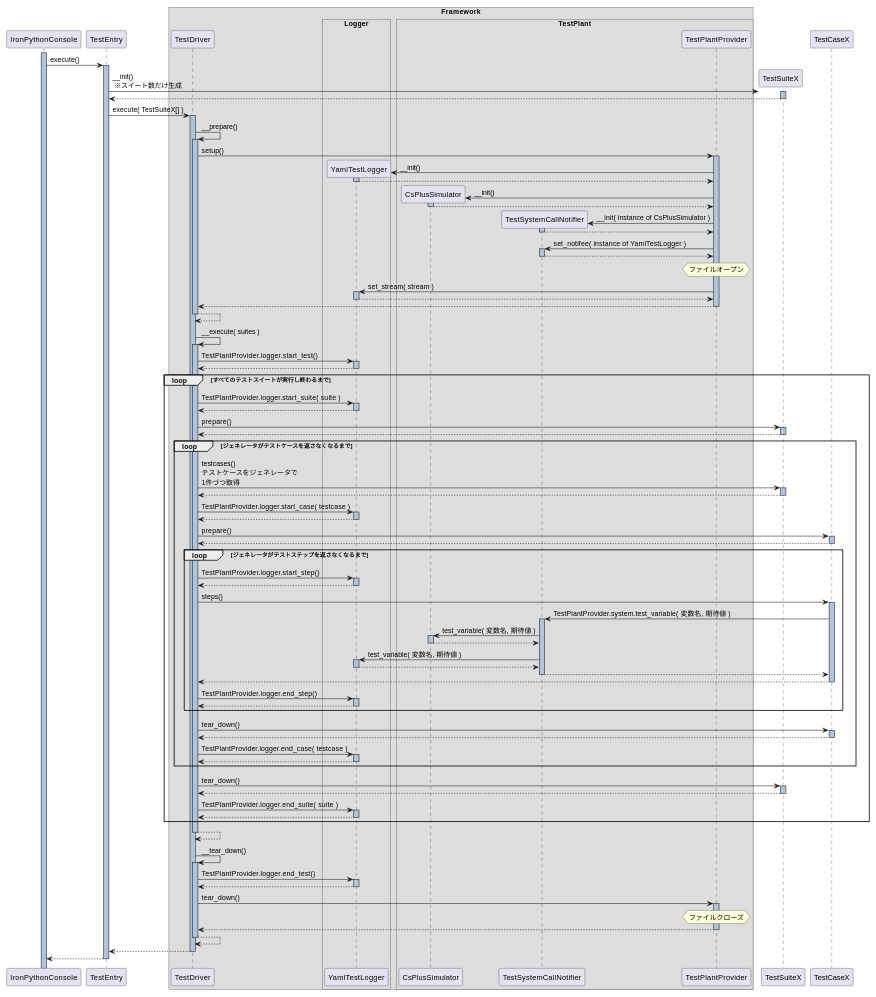
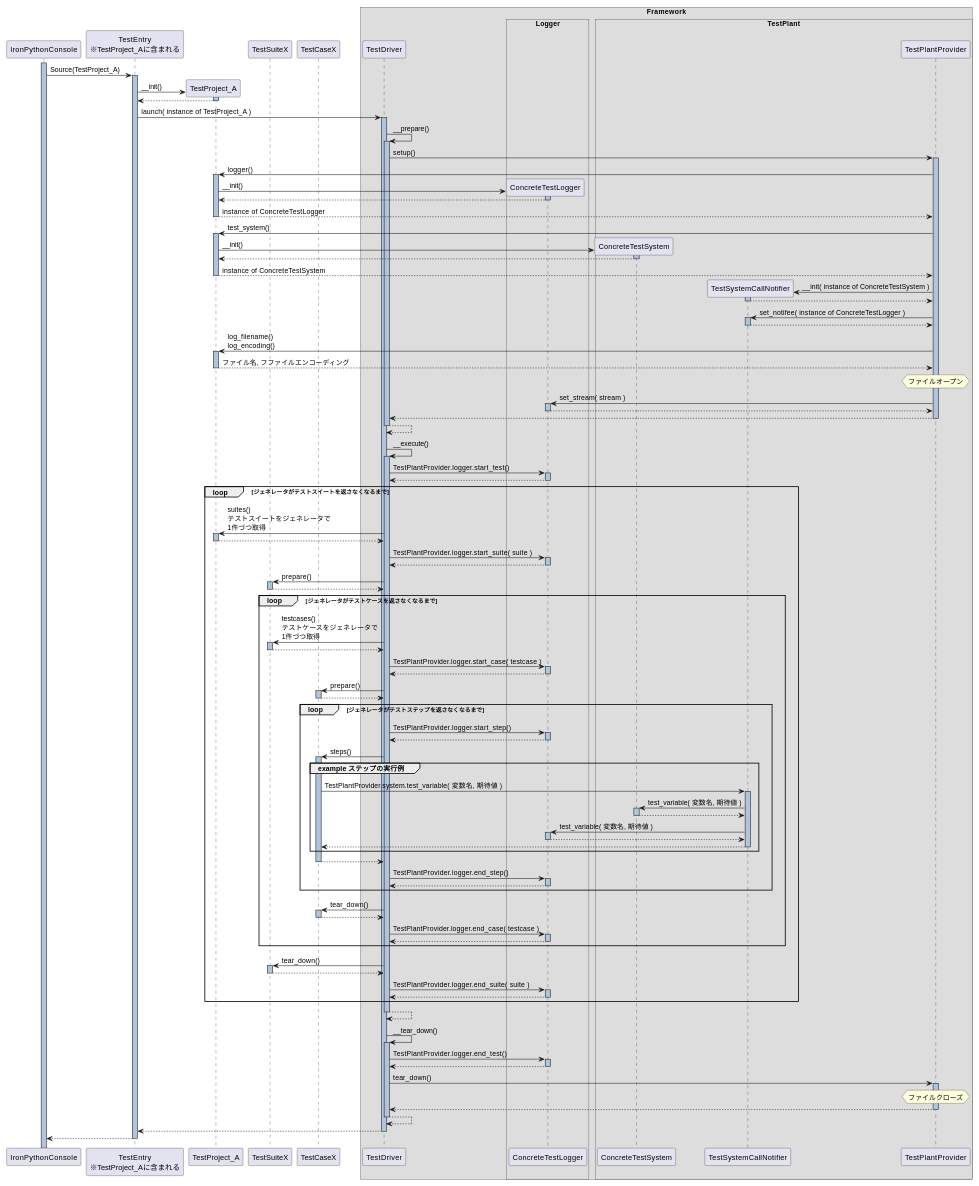
One commit to shiftdownet/itestpf changed the third of 3 diagrams in docs/design.md. Above: the diagram before and after it, drawn with PlantUML. The commit also changed other lines of this file and 17 other files, not shown here.

```diff
--- a/docs/design.md
+++ b/docs/design.md
@@ -98,69 +98,79 @@
 
 participant IronPythonConsole
 
-participant TestEntry
+participant "TestEntry\n※TestProject_Aに含まれる" as TestEntry
+participant TestProject_A
+participant TestSuiteX
+participant TestCaseX
 box Framework
     participant TestDriver
     box Logger
-        participant YamlTestLogger
+        participant ConcreteTestLogger
     endbox
     box TestPlant
-        participant CsPlusSimulator
+        participant ConcreteTestSystem
         participant TestSystemCallNotifier
         participant TestPlantProvider
     endbox
 endbox
 
-participant TestSuiteX
-participant TestCaseX
 
 autoactivate on
 
 activate IronPythonConsole
 
-IronPythonConsole -> TestEntry  : execute()
+IronPythonConsole -> TestEntry  : Source(TestProject_A)
 
-    create TestSuiteX
-    TestEntry -> TestSuiteX  : __init()\n ※スイート数だけ生成
+    create TestProject_A
+    TestEntry -> TestProject_A  : __init()
     return
 
 
     '#----------------------------------------------------
-    '# TestDriver.execute()
+    '# TestDriver.launch()
     '#----------------------------------------------------
-    TestEntry -> TestDriver  : execute( TestSuiteX[] )
+    TestEntry -> TestDriver  : launch( instance of TestProject_A )
 
         TestDriver -> TestDriver  : __prepare()
             '#----------------------------------------------------
             '# TestPlantProvider.setup()
             '#----------------------------------------------------
             TestDriver -> TestPlantProvider  : setup()
-                create YamlTestLogger
-                TestPlantProvider -> YamlTestLogger  : __init()
+                TestPlantProvider -> TestProject_A : logger()
+                    create ConcreteTestLogger
+                    TestProject_A -> ConcreteTestLogger  : __init()
+                    return
+                return instance of ConcreteTestLogger
+
+                TestPlantProvider -> TestProject_A : test_system()
+                    create ConcreteTestSystem
+                    TestProject_A -> ConcreteTestSystem  : __init()
+                    return
+                return instance of ConcreteTestSystem
+
+                create TestSystemCallNotifier
+                TestPlantProvider -> TestSystemCallNotifier  :  __init( instance of ConcreteTestSystem )
                 return
-               
-                create CsPlusSimulator
-                TestPlantProvider -> CsPlusSimulator  : __init()
+                TestPlantProvider -> TestSystemCallNotifier  :  set_notifee( instance of ConcreteTestLogger )
                 return
-                create TestSystemCallNotifier
-                TestPlantProvider -> TestSystemCallNotifier  :  __init( instance of CsPlusSimulator )
-                return
-                TestPlantProvider -> TestSystemCallNotifier  :  set_notifee( instance of YamlTestLogger )
-                return
+                TestPlantProvider -> TestProject_A : log_filename()\nlog_encoding()
+                return ファイル名, フファイルエンコーディング
                 hnote over TestPlantProvider : ファイルオープン
-                TestPlantProvider -> YamlTestLogger  : set_stream( stream )
+                TestPlantProvider -> ConcreteTestLogger  : set_stream( stream )
                 return
             return
         return
 
-        TestDriver -> TestDriver  : __execute( suites )
+        TestDriver -> TestDriver  : __execute()
 
-            TestDriver -> YamlTestLogger  : TestPlantProvider.logger.start_test()
+            TestDriver -> ConcreteTestLogger  : TestPlantProvider.logger.start_test()
             return
 
-            loop すべてのテストスイートが実行し終わるまで
+            loop ジェネレータがテストスイートを返さなくなるまで
+                TestDriver -> TestProject_A : suites()\nテストスイートをジェネレータで\n1件づつ取得
+                return
 
-                TestDriver -> YamlTestLogger : TestPlantProvider.logger.start_suite( suite )
+                TestDriver -> ConcreteTestLogger : TestPlantProvider.logger.start_suite( suite )
                 return
 
                 TestDriver -> TestSuiteX  : prepare()
@@ -169,29 +179,31 @@
                 loop ジェネレータがテストケースを返さなくなるまで
                     TestDriver -> TestSuiteX : testcases()\nテストケースをジェネレータで\n1件づつ取得
                     return
-                    TestDriver -> YamlTestLogger : TestPlantProvider.logger.start_case( testcase )
+                    TestDriver -> ConcreteTestLogger : TestPlantProvider.logger.start_case( testcase )
                     return
                     TestDriver -> TestCaseX : prepare()
                     return
 
                     loop ジェネレータがテストステップを返さなくなるまで
-                        TestDriver -> YamlTestLogger : TestPlantProvider.logger.start_step()
+                        TestDriver -> ConcreteTestLogger : TestPlantProvider.logger.start_step()
                         return
                         TestDriver -> TestCaseX : steps()
-                            TestCaseX -> TestSystemCallNotifier : TestPlantProvider.system.test_variable( 変数名, 期待値 )
-                                TestSystemCallNotifier -> CsPlusSimulator : test_variable( 変数名, 期待値 )
+                            group example ステップの実行例
+                                TestCaseX -> TestSystemCallNotifier : TestPlantProvider.system.test_variable( 変数名, 期待値 )
+                                    TestSystemCallNotifier -> ConcreteTestSystem : test_variable( 変数名, 期待値 )
+                                    return
+                                    TestSystemCallNotifier -> ConcreteTestLogger : test_variable( 変数名, 期待値 )
+                                    return
                                 return
-                                TestSystemCallNotifier -> YamlTestLogger : test_variable( 変数名, 期待値 )
-                                return
-                            return
+                            end
                         return
-                        TestDriver -> YamlTestLogger : TestPlantProvider.logger.end_step()
+                        TestDriver -> ConcreteTestLogger : TestPlantProvider.logger.end_step()
                         return
                     end loop
 
                     TestDriver -> TestCaseX : tear_down()
                     return
-                    TestDriver -> YamlTestLogger : TestPlantProvider.logger.end_case( testcase )
+                    TestDriver -> ConcreteTestLogger : TestPlantProvider.logger.end_case( testcase )
                     return
 
                 end loop
@@ -199,13 +211,13 @@
                 TestDriver -> TestSuiteX  : tear_down()
                 return
 
-                TestDriver -> YamlTestLogger : TestPlantProvider.logger.end_suite( suite )
+                TestDriver -> ConcreteTestLogger : TestPlantProvider.logger.end_suite( suite )
                 return
             end loop
         return
 
         TestDriver -> TestDriver  : __tear_down()
-            TestDriver -> YamlTestLogger  : TestPlantProvider.logger.end_test()
+            TestDriver -> ConcreteTestLogger  : TestPlantProvider.logger.end_test()
             return
             TestDriver -> TestPlantProvider : tear_down()
                 hnote over TestPlantProvider : ファイルクローズ
```
